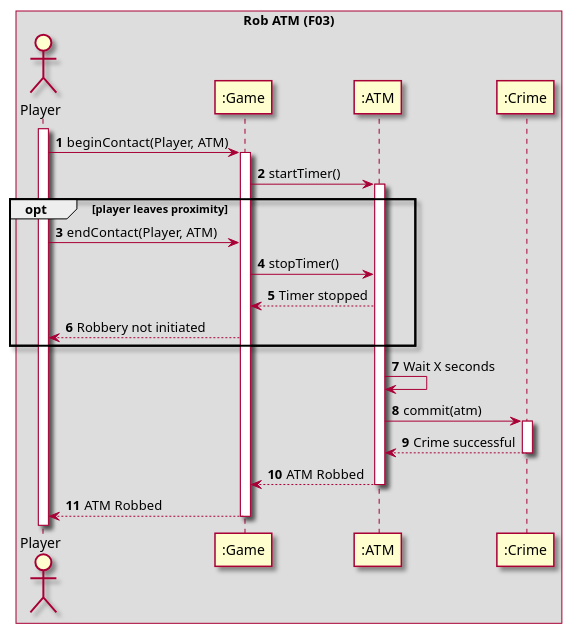
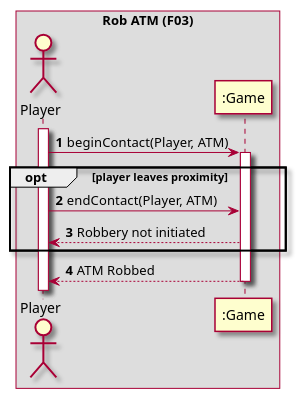
The diagram in uml/sequence_diagrams/system/F03_Rob_ATM.puml (amatzen/SE04-SE-G09-SPRO), drawn with PlantUML before and after one commit.

Commit message:
less detailed

```diff
--- a/uml/sequence_diagrams/system/F03_Rob_ATM.puml
+++ b/uml/sequence_diagrams/system/F03_Rob_ATM.puml
@@ -1,38 +1,24 @@
 @startuml
 'https://plantuml.com/sequence-diagram
 skin rose
 autonumber
 
 box Rob ATM (F03)
     actor "Player" as player
     participant ":Game" as game
-    participant ":ATM" as atm
-    participant ":Crime" as crime
 end box
 
 activate player
 player -> game : beginContact(Player, ATM)
 activate game
-game -> atm : startTimer()
-activate atm
 
 opt player leaves proximity
     player -> game: endContact(Player, ATM)
-    game -> atm: stopTimer()
-    atm --> game: Timer stopped
     game --> player: Robbery not initiated
 end
 
-atm -> atm: Wait X seconds
-
-atm -> crime: commit(atm)
-activate crime
-crime --> atm : Crime successful
-deactivate crime
-atm --> game: ATM Robbed
-deactivate atm
 
 game --> player : ATM Robbed
 deactivate game
 
 @enduml
```
